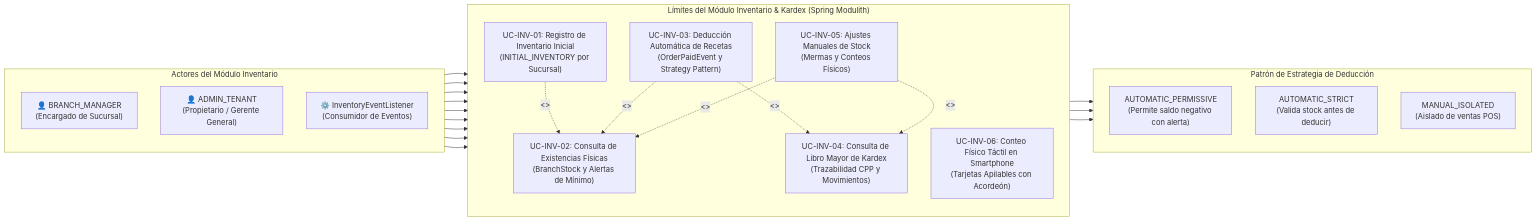
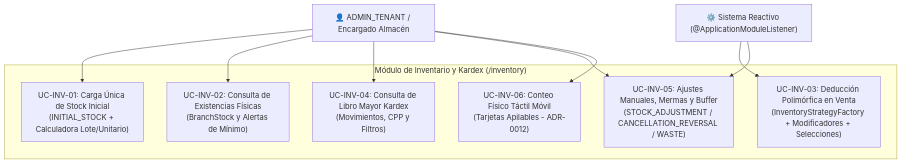
One commit to vakajose/gestion-restaurante changed the diagram in docs/project/architecture/03-use-cases/use_cases_inventory.md. Above: the diagram before and after it, drawn with Mermaid. The commit also changed other lines of this file and 156 other files, not shown here.

````diff
--- a/docs/project/architecture/03-use-cases/use_cases_inventory.md
+++ b/docs/project/architecture/03-use-cases/use_cases_inventory.md
@@ -27,53 +28,22 @@
 ```mermaid
-flowchart LR
-    %% Actores
-    subgraph Actores["Actores del Módulo Inventario"]
-        direction TB
-        Act_BM["👤 BRANCH_MANAGER<br/>(Encargado de Sucursal)"]
-        Act_AT["👤 ADMIN_TENANT<br/>(Propietario / Gerente General)"]
-        Act_SYS["⚙️ InventoryEventListener<br/>(Consumidor de Eventos)"]
+flowchart TB
+    Admin["👤 ADMIN_TENANT / Encargado Almacén"]
+    Sys["⚙️ Sistema Reactivo (@ApplicationModuleListener)"]
+
+    subgraph Mod_Inv["Módulo de Inventario y Kardex (/inventory)"]
+        UC_INV_01["UC-INV-01: Carga Única de Stock Inicial<br/>(INITIAL_STOCK + Calculadora Lote/Unitario)"]
+        UC_INV_02["UC-INV-02: Consulta de Existencias Físicas<br/>(BranchStock y Alertas de Mínimo)"]
+        UC_INV_03["UC-INV-03: Deducción Polimórfica en Venta<br/>(InventoryStrategyFactory + Modificadores + Selecciones)"]
+        UC_INV_04["UC-INV-04: Consulta de Libro Mayor Kardex<br/>(Movimientos, CPP y Filtros)"]
+        UC_INV_05["UC-INV-05: Ajustes Manuales, Mermas y Buffer<br/>(STOCK_ADJUSTMENT / CANCELLATION_REVERSAL / WASTE)"]
+        UC_INV_06["UC-INV-06: Conteo Físico Táctil Móvil<br/>(Tarjetas Apilables - ADR-0012)"]
     end
 
-    %% Casos de Uso
-    subgraph Mod_Inventory["Límites del Módulo Inventario & Kardex (Spring Modulith)"]
-        direction TB
-        UC_INV_01["UC-INV-01: Registro de Inventario Inicial<br/>(INITIAL_INVENTORY por Sucursal)"]
-        UC_INV_02["UC-INV-02: Consulta de Existencias Físicas<br/>(BranchStock y Alertas de Mínimo)"]
-        UC_INV_03["UC-INV-03: Deducción Automática de Recetas<br/>(OrderPaidEvent y Strategy Pattern)"]
-        UC_INV_04["UC-INV-04: Consulta de Libro Mayor de Kardex<br/>(Trazabilidad CPP y Movimientos)"]
-        UC_INV_05["UC-INV-05: Ajustes Manuales de Stock<br/>(Mermas y Conteos Físicos)"]
-        UC_INV_06["UC-INV-06: Conteo Físico Táctil en Smartphone<br/>(Tarjetas Apilables con Acordeón)"]
-    end
-
-    %% Estrategias de Deducción
-    subgraph Strategies["Patrón de Estrategia de Deducción"]
-        direction TB
-        Strat_Perm["AUTOMATIC_PERMISSIVE<br/>(Permite saldo negativo con alerta)"]
-        Strat_Strict["AUTOMATIC_STRICT<br/>(Valida stock antes de deducir)"]
-        Strat_Manual["MANUAL_ISOLATED<br/>(Aislado de ventas POS)"]
-    end
-
-    %% Asociaciones de Actores
-    Act_BM --> UC_INV_01
-    Act_BM --> UC_INV_02
-    Act_BM --> UC_INV_04
-    Act_BM --> UC_INV_05
-    Act_BM --> UC_INV_06
-
-    Act_AT --> UC_INV_02
-    Act_AT --> UC_INV_04
-    Act_AT --> UC_INV_06
-
-    Act_SYS --> UC_INV_03
-
-    %% Relaciones entre Casos de Uso
-    UC_INV_01 -.->|"<<inicializa>>"| UC_INV_02
-    UC_INV_03 -.->|"<<actualiza saldo>>"| UC_INV_02
-    UC_INV_03 -.->|"<<registra SALE_OUT>>"| UC_INV_04
-    UC_INV_05 -.->|"<<ajusta saldo>>"| UC_INV_02
-    UC_INV_05 -.->|"<<registra PHYSICAL_COUNT_ADJUSTMENT>>"| UC_INV_04
-
-    UC_INV_03 --> Strat_Perm
-    UC_INV_03 --> Strat_Strict
-    UC_INV_03 --> Strat_Manual
+    Admin --> UC_INV_01
+    Admin --> UC_INV_02
+    Admin --> UC_INV_04
+    Admin --> UC_INV_05
+    Admin --> UC_INV_06
+    Sys --> UC_INV_03
+    Sys --> UC_INV_05
 ```
````
